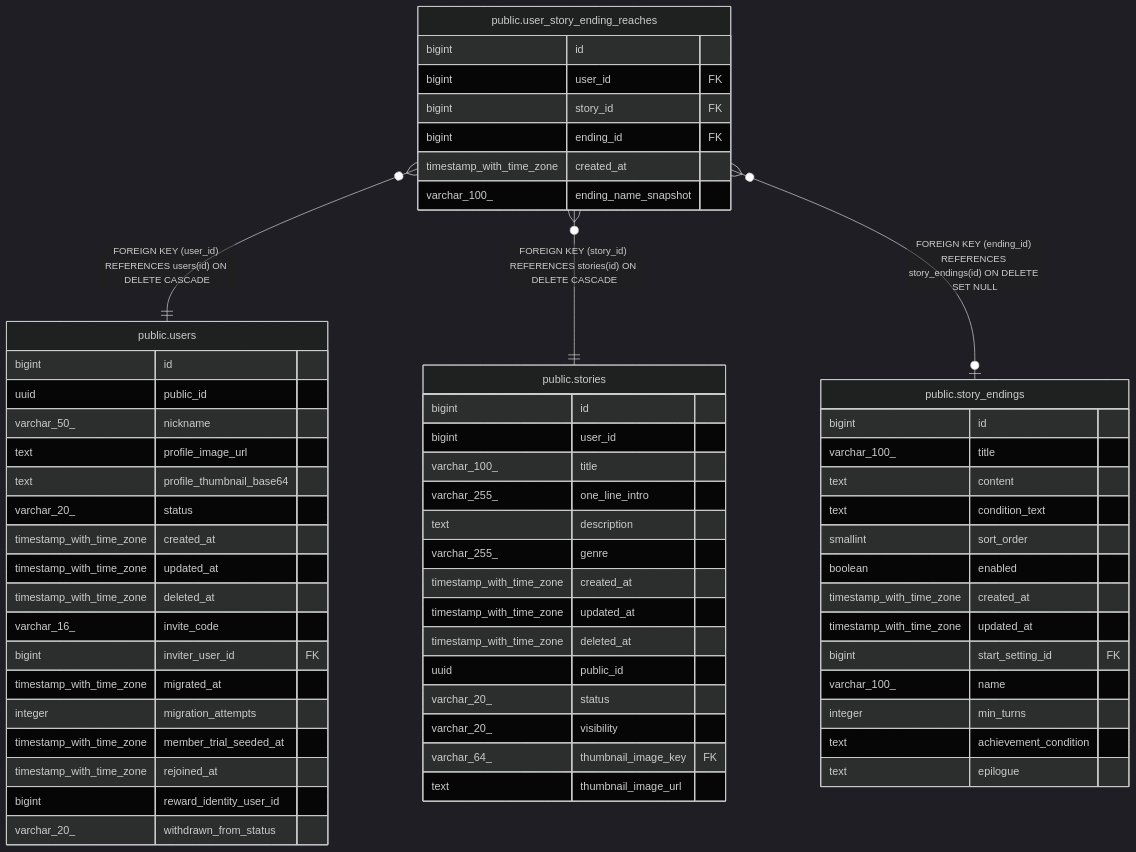
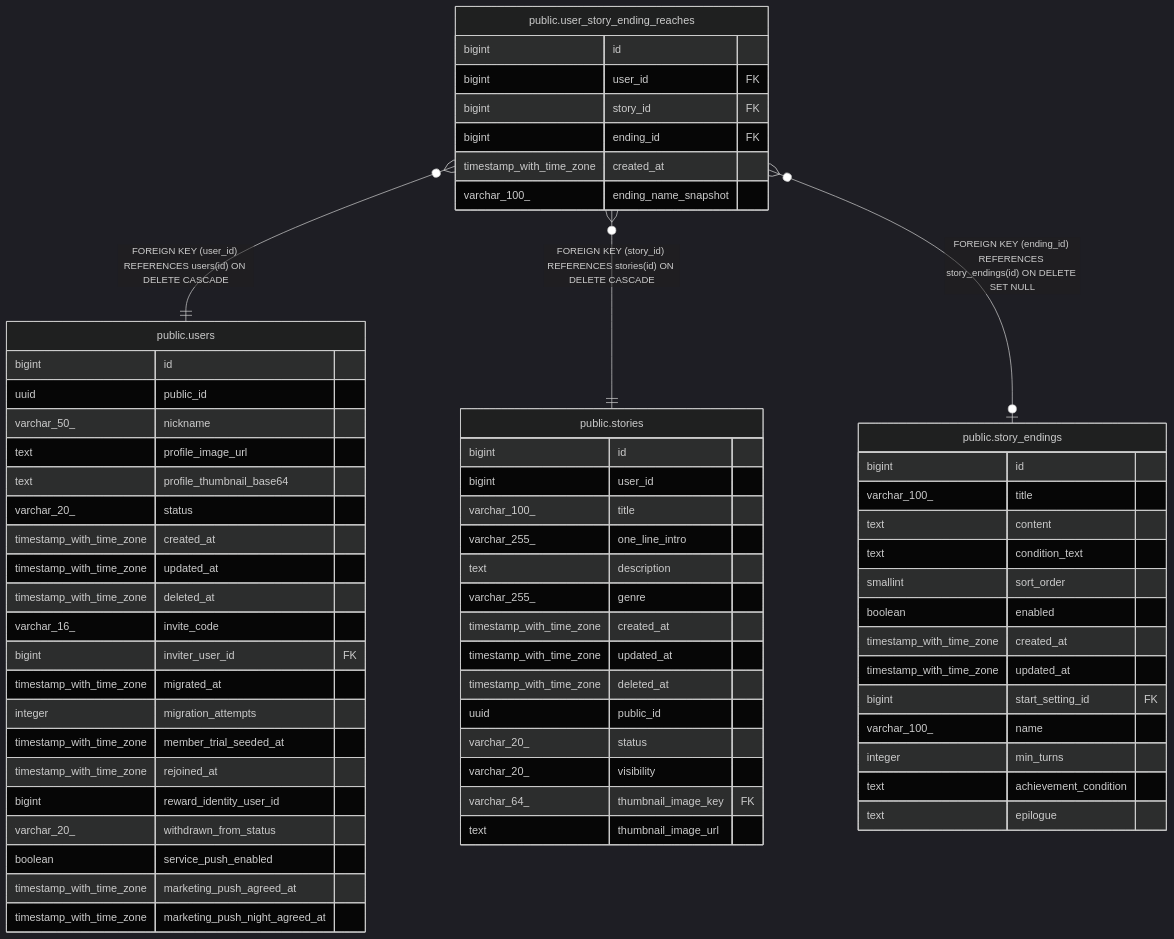
The diagram in dbdoc/public.user_story_ending_reaches.md (KIM-N-KANG/manyak-server), drawn with Mermaid (dark theme) before and after one commit. The commit also changed 18 other files, not shown here.

````diff
--- a/dbdoc/public.user_story_ending_reaches.md
+++ b/dbdoc/public.user_story_ending_reaches.md
@@ -34,66 +34,69 @@
 ```mermaid
 erDiagram
 
 "public.user_story_ending_reaches" }o--|| "public.users" : "FOREIGN KEY (user_id) REFERENCES users(id) ON DELETE CASCADE"
 "public.user_story_ending_reaches" }o--|| "public.stories" : "FOREIGN KEY (story_id) REFERENCES stories(id) ON DELETE CASCADE"
 "public.user_story_ending_reaches" }o--o| "public.story_endings" : "FOREIGN KEY (ending_id) REFERENCES story_endings(id) ON DELETE SET NULL"
 
 "public.user_story_ending_reaches" {
   bigint id
   bigint user_id FK
   bigint story_id FK
   bigint ending_id FK
   timestamp_with_time_zone created_at
   varchar_100_ ending_name_snapshot
 }
 "public.users" {
   bigint id
   uuid public_id
   varchar_50_ nickname
   text profile_image_url
   text profile_thumbnail_base64
   varchar_20_ status
   timestamp_with_time_zone created_at
   timestamp_with_time_zone updated_at
   timestamp_with_time_zone deleted_at
   varchar_16_ invite_code
   bigint inviter_user_id FK
   timestamp_with_time_zone migrated_at
   integer migration_attempts
   timestamp_with_time_zone member_trial_seeded_at
   timestamp_with_time_zone rejoined_at
   bigint reward_identity_user_id
   varchar_20_ withdrawn_from_status
+  boolean service_push_enabled
+  timestamp_with_time_zone marketing_push_agreed_at
+  timestamp_with_time_zone marketing_push_night_agreed_at
 }
 "public.stories" {
   bigint id
   bigint user_id
   varchar_100_ title
   varchar_255_ one_line_intro
   text description
   varchar_255_ genre
   timestamp_with_time_zone created_at
   timestamp_with_time_zone updated_at
   timestamp_with_time_zone deleted_at
   uuid public_id
   varchar_20_ status
   varchar_20_ visibility
   varchar_64_ thumbnail_image_key FK
   text thumbnail_image_url
 }
 "public.story_endings" {
   bigint id
   varchar_100_ title
   text content
   text condition_text
   smallint sort_order
   boolean enabled
   timestamp_with_time_zone created_at
   timestamp_with_time_zone updated_at
   bigint start_setting_id FK
   varchar_100_ name
   integer min_turns
   text achievement_condition
   text epilogue
 }
 ```
````
